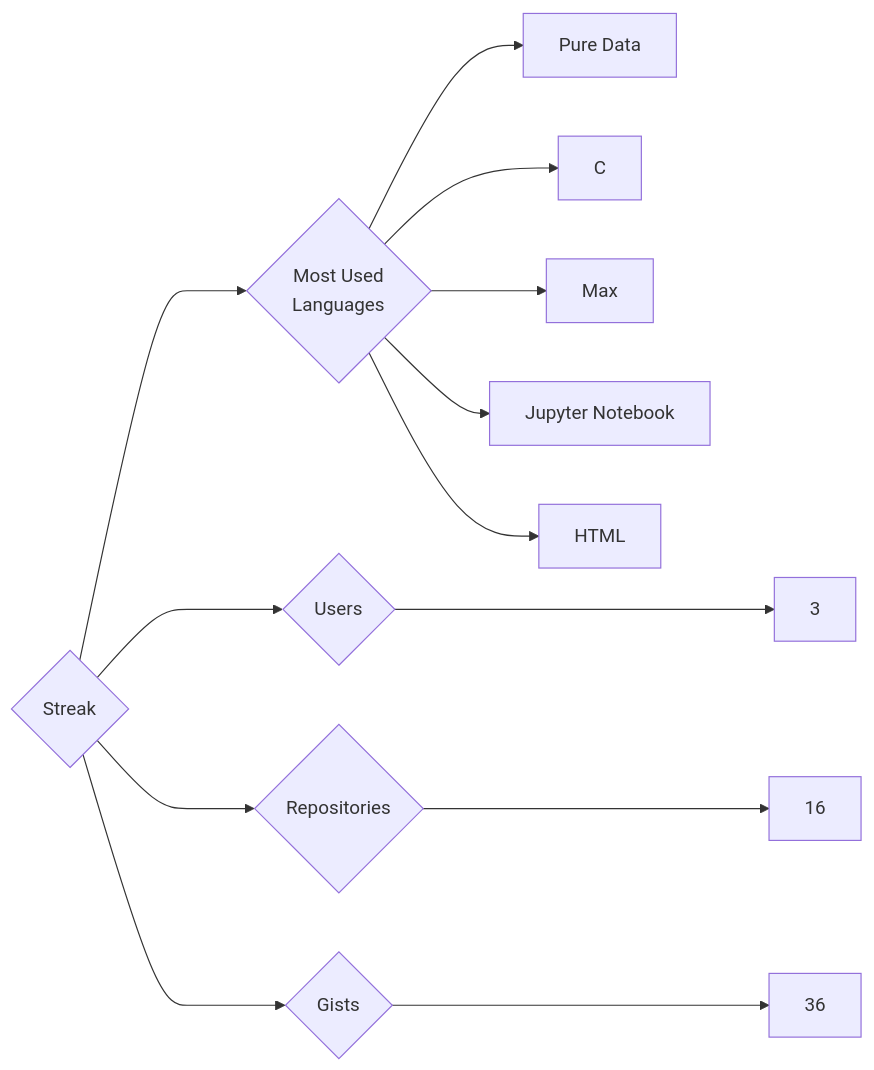
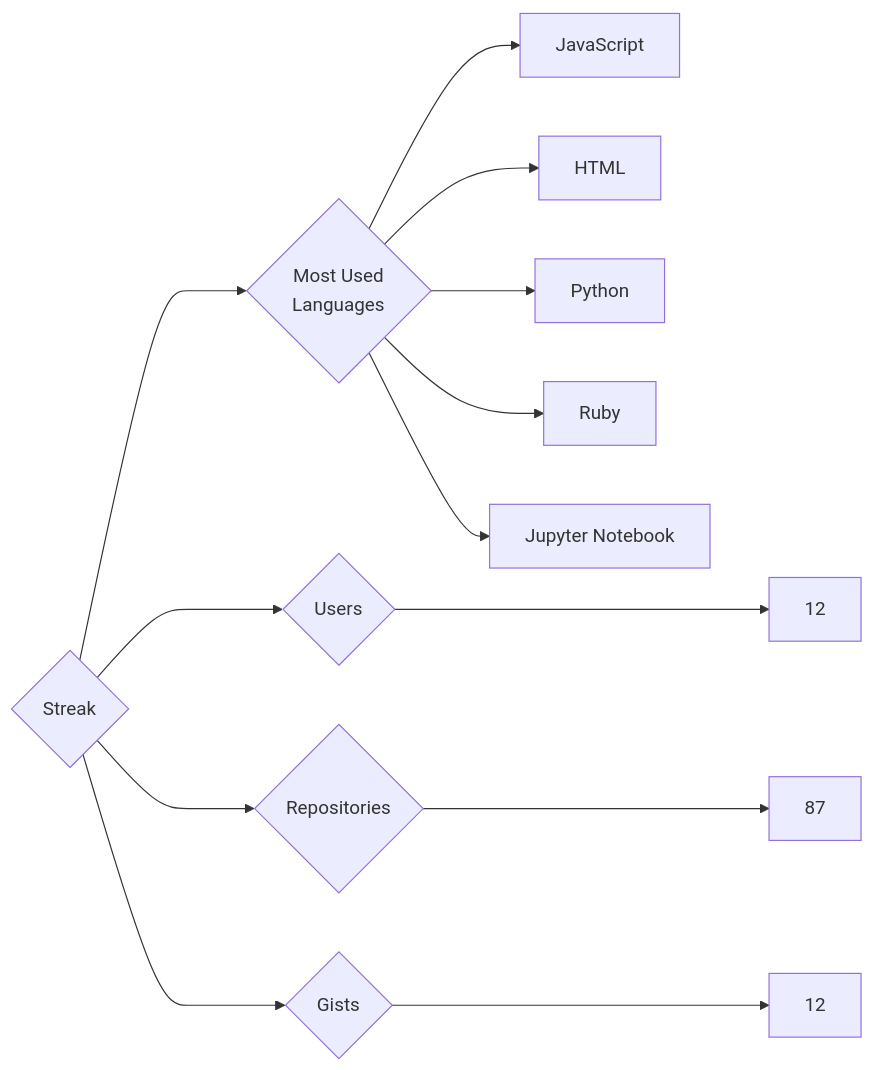
One commit to trickest/insiders changed the diagram in targets/Streak/README.md. Above: the diagram before and after it, drawn with Mermaid. The commit also changed 964 other files, not shown here.

````diff
--- a/targets/Streak/README.md
+++ b/targets/Streak/README.md
@@ -3,13 +3,13 @@
 ```mermaid
 graph LR
 COMPANY_NAME{Streak}
-COMPANY_NAME ---> U{Users} ---> UN[3]
-COMPANY_NAME ---> R{Repositories} ---> RN[16]
-COMPANY_NAME ---> G{Gists} ---> GN[36]
+COMPANY_NAME ---> U{Users} ---> UN[12]
+COMPANY_NAME ---> R{Repositories} ---> RN[87]
+COMPANY_NAME ---> G{Gists} ---> GN[12]
 COMPANY_NAME ---> ML{Most Used<br>Languages}
-ML --> Pure_Data[Pure Data]
-ML --> C[C]
-ML --> Max[Max]
+ML --> JavaScript[JavaScript]
+ML --> HTML[HTML]
+ML --> Python[Python]
+ML --> Ruby[Ruby]
 ML --> Jupyter_Notebook[Jupyter Notebook]
-ML --> HTML[HTML]
 ```
````
